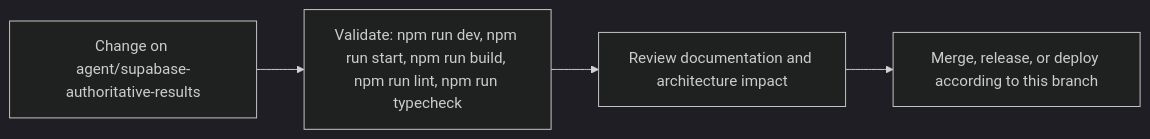
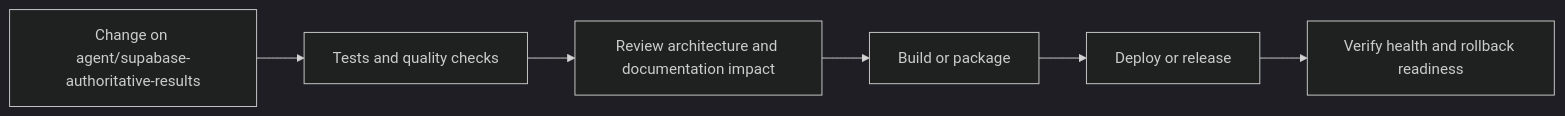
One commit to Nischhalsubba/blink-and-find changed the seventh of 8 diagrams in README.md. Above: the diagram before and after it, drawn with Mermaid (dark theme). The commit also changed other lines of this file, not shown here.

````diff
--- a/README.md
+++ b/README.md
@@ -88,8 +225,8 @@
 ```mermaid
 flowchart LR
-    CHANGE["Change on agent/supabase-authoritative-results"]
-    CHECK["Validate: npm run dev, npm run start, npm run build, npm run lint, npm run typecheck"]
-    REVIEW["Review documentation and architecture impact"]
-    RELEASE["Merge, release, or deploy according to this branch"]
-    CHANGE --> CHECK --> REVIEW --> RELEASE
+    CHANGE["Change on agent/supabase-authoritative-results"] --> CHECK["Tests and quality checks"]
+    CHECK --> REVIEW["Review architecture and documentation impact"]
+    REVIEW --> BUILD["Build or package"]
+    BUILD --> DEPLOY["Deploy or release"]
+    DEPLOY --> VERIFY["Verify health and rollback readiness"]
 ```
````
